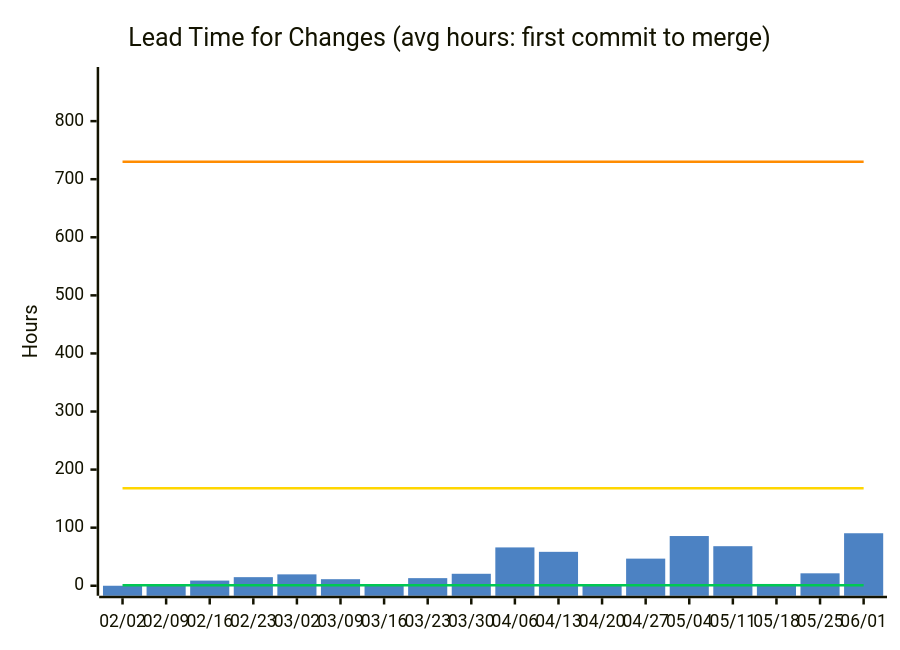
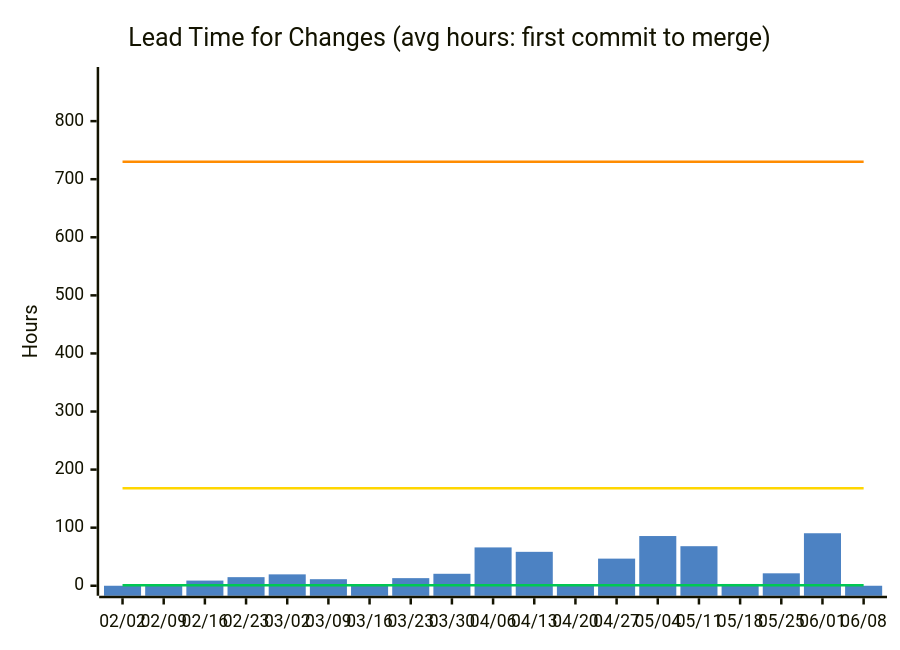
One commit to nablarch/nabledge-dev changed the second of 14 diagrams in docs/metrics.md. Above: the diagram before and after it, drawn with Mermaid. The commit also changed other lines of this file and 2 other files, not shown here.

````diff
--- a/docs/metrics.md
+++ b/docs/metrics.md
@@ -49,11 +49,11 @@
 ```mermaid
 %%{init: {'theme': 'base', 'themeVariables': {'xyChart': {'plotColorPalette': '#4C82C3,#00C853,#FFD600,#FF8C00'}}}}%%
 xychart-beta
   title "Lead Time for Changes (avg hours: first commit to merge)"
-  x-axis ["02/02", "02/09", "02/16", "02/23", "03/02", "03/09", "03/16", "03/23", "03/30", "04/06", "04/13", "04/20", "04/27", "05/04", "05/11", "05/18", "05/25", "06/01"]
+  x-axis ["02/02", "02/09", "02/16", "02/23", "03/02", "03/09", "03/16", "03/23", "03/30", "04/06", "04/13", "04/20", "04/27", "05/04", "05/11", "05/18", "05/25", "06/01", "06/08"]
   y-axis "Hours" 0 --> 876
-  bar [0, 2.7, 8.9, 14.8, 19.6, 11.3, 0, 13.1, 20.6, 66, 58.4, 0.1, 46.7, 85.6, 68.1, 3.1, 21.4, 90.4]
-  line [1, 1, 1, 1, 1, 1, 1, 1, 1, 1, 1, 1, 1, 1, 1, 1, 1, 1]
-  line [168, 168, 168, 168, 168, 168, 168, 168, 168, 168, 168, 168, 168, 168, 168, 168, 168, 168]
-  line [730, 730, 730, 730, 730, 730, 730, 730, 730, 730, 730, 730, 730, 730, 730, 730, 730, 730]
+  bar [0, 2.7, 8.9, 14.8, 19.6, 11.3, 0, 13.1, 20.6, 66, 58.4, 0.1, 46.7, 85.6, 68.1, 3.1, 21.4, 90.4, 0]
+  line [1, 1, 1, 1, 1, 1, 1, 1, 1, 1, 1, 1, 1, 1, 1, 1, 1, 1, 1]
+  line [168, 168, 168, 168, 168, 168, 168, 168, 168, 168, 168, 168, 168, 168, 168, 168, 168, 168, 168]
+  line [730, 730, 730, 730, 730, 730, 730, 730, 730, 730, 730, 730, 730, 730, 730, 730, 730, 730, 730]
 ```
````
